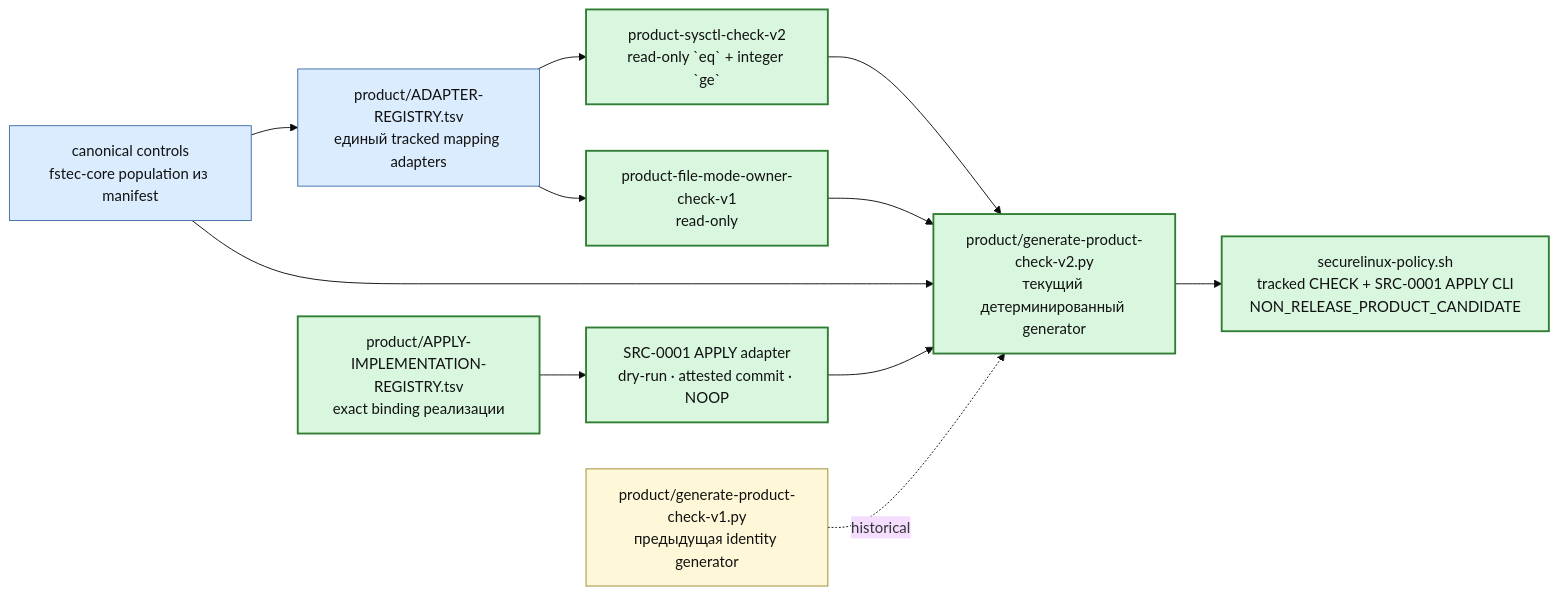
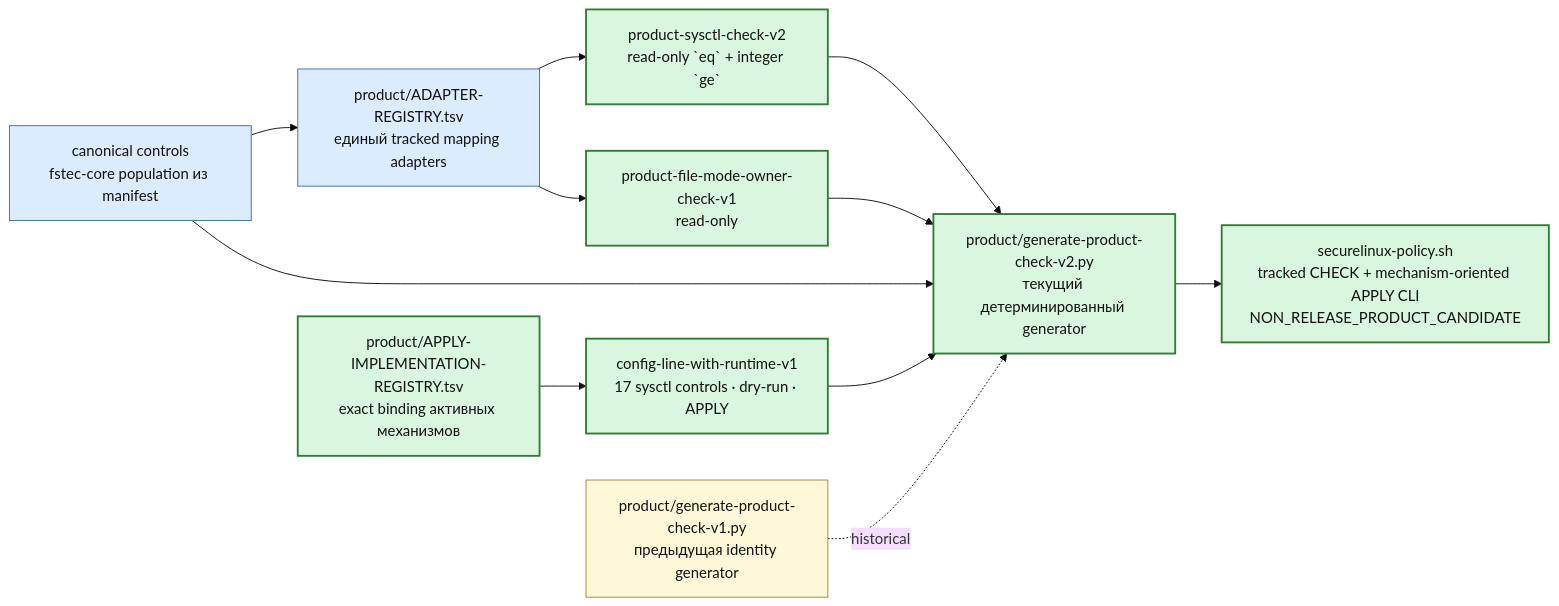
The third of 6 diagrams in docs/PROJECT-MAP-v3.md (rasav65/SecureLinux-Policy), drawn with Mermaid (base theme) before and after one commit. The commit also changed other lines of this file and 51 other files, not shown here.

Commit message:
H46: complete sysctl APPLY vertical

````diff
--- a/docs/PROJECT-MAP-v3.md
+++ b/docs/PROJECT-MAP-v3.md
@@ -205,25 +205,25 @@
 ```mermaid
 flowchart LR
     CTRLNOW["canonical controls<br/>fstec-core population из manifest"]:::component
     REG["product/ADAPTER-REGISTRY.tsv<br/>единый tracked mapping adapters"]:::component
     SYS["product-sysctl-check-v2<br/>read-only `eq` + integer `ge`"]:::closed
     FILE["product-file-mode-owner-check-v1<br/>read-only"]:::closed
     GEN1["product/generate-product-check-v1.py<br/>предыдущая identity generator"]:::note
     GEN2["product/generate-product-check-v2.py<br/>текущий детерминированный generator"]:::closed
-    IMPLREG["product/APPLY-IMPLEMENTATION-REGISTRY.tsv<br/>exact binding реализации"]:::closed
-    APPLY1["SRC-0001 APPLY adapter<br/>dry-run · attested commit · NOOP"]:::closed
-    CLI["securelinux-policy.sh<br/>tracked CHECK + SRC-0001 APPLY CLI<br/>NON_RELEASE_PRODUCT_CANDIDATE"]:::closed
+    IMPLREG["product/APPLY-IMPLEMENTATION-REGISTRY.tsv<br/>exact binding активных механизмов"]:::closed
+    APPLY1["config-line-with-runtime-v1<br/>17 sysctl controls · dry-run · APPLY"]:::closed
+    CLI["securelinux-policy.sh<br/>tracked CHECK + mechanism-oriented APPLY CLI<br/>NON_RELEASE_PRODUCT_CANDIDATE"]:::closed
 
     CTRLNOW --> REG
     REG --> SYS
     REG --> FILE
     SYS --> GEN2
     FILE --> GEN2
     CTRLNOW --> GEN2 --> CLI
     IMPLREG --> APPLY1 --> GEN2
     GEN1 -. historical .-> GEN2
 
     classDef closed fill:#d9f7df,stroke:#2f7d32,color:#111,stroke-width:2px;
     classDef component fill:#dcecff,stroke:#3e6ea8,color:#111;
     classDef note fill:#fff8d8,stroke:#9d8730,color:#111;
 ```
````
